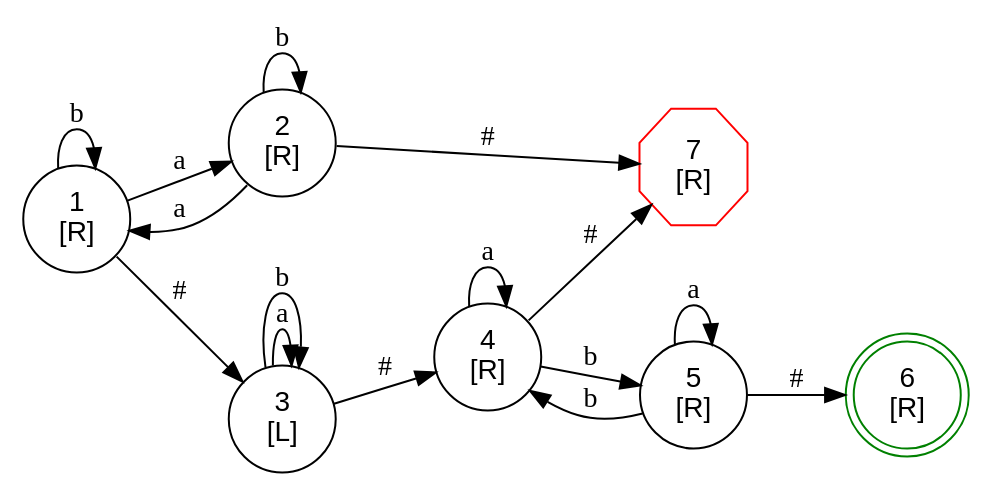
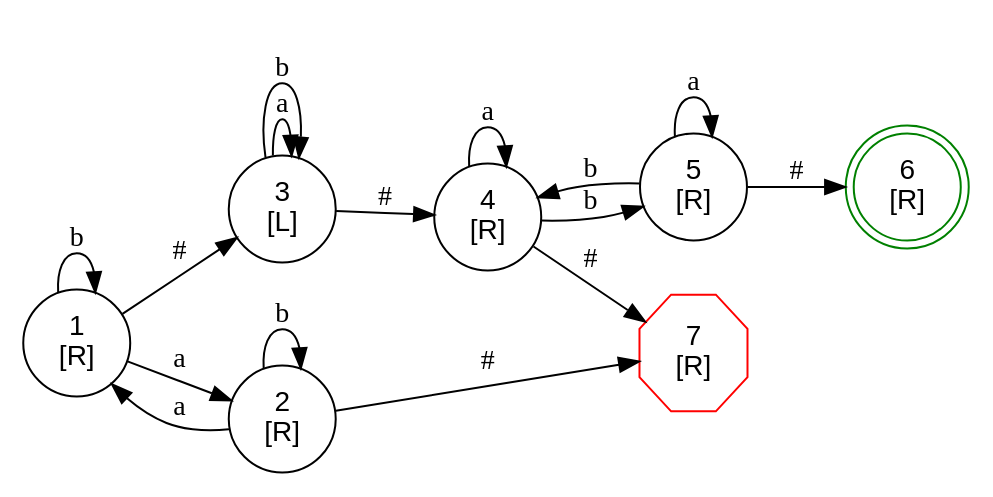
One commit to kokobabe99/turing_point changed the diagram in fsm.dot. Above: the diagram before and after it, drawn with Graphviz. The commit also changed other lines of this file and 3 other files, not shown here.

```diff
--- a/fsm.dot
+++ b/fsm.dot
@@ -1,25 +1,25 @@
 digraph FSM {
   rankdir=LR; node [shape=circle, fontname="Arial"];
   1 [label="1\n[R]", shape=circle];
-  1 -> 2 [label="a"];
   1 -> 1 [label="b"];
   1 -> 3 [label="#"];
+  1 -> 2 [label="a"];
   2 [label="2\n[R]", shape=circle];
   2 -> 1 [label="a"];
   2 -> 2 [label="b"];
   2 -> 7 [label="#"];
   3 [label="3\n[L]", shape=circle];
   3 -> 3 [label="a"];
   3 -> 3 [label="b"];
   3 -> 4 [label="#"];
   4 [label="4\n[R]", shape=circle];
   4 -> 4 [label="a"];
   4 -> 5 [label="b"];
   4 -> 7 [label="#"];
   5 [label="5\n[R]", shape=circle];
+  5 -> 4 [label="b"];
   5 -> 5 [label="a"];
-  5 -> 4 [label="b"];
   5 -> 6 [label="#"];
   6 [label="6\n[R]", shape=doublecircle, color="green"];
   7 [label="7\n[R]", shape=octagon, color="red"];
 }
```
